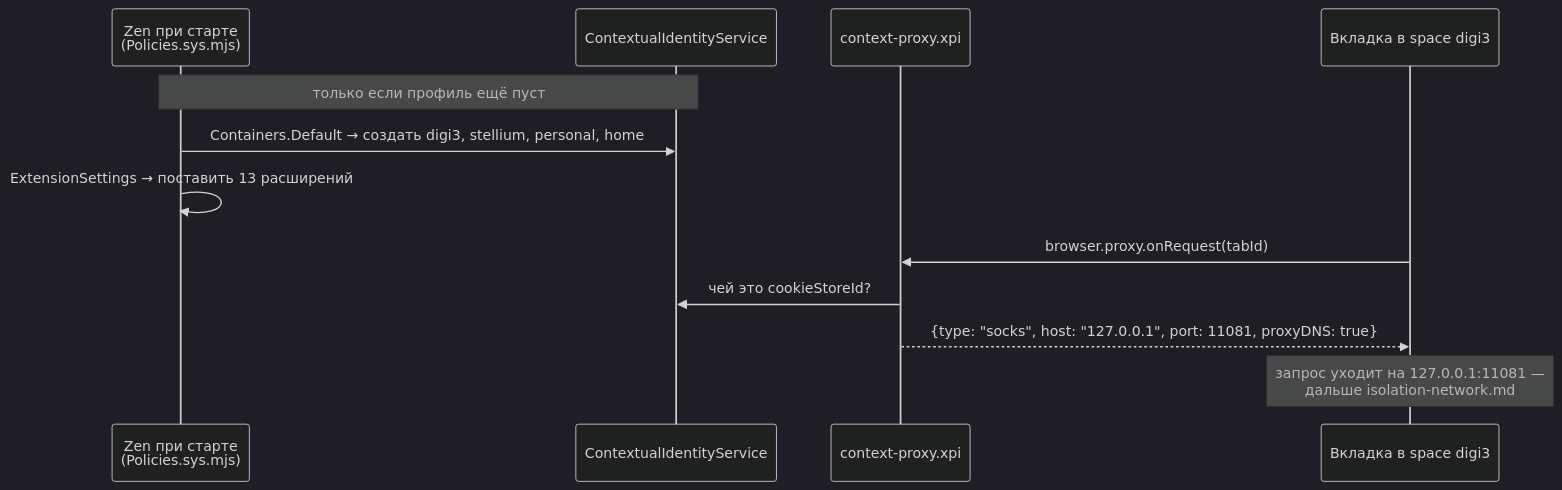
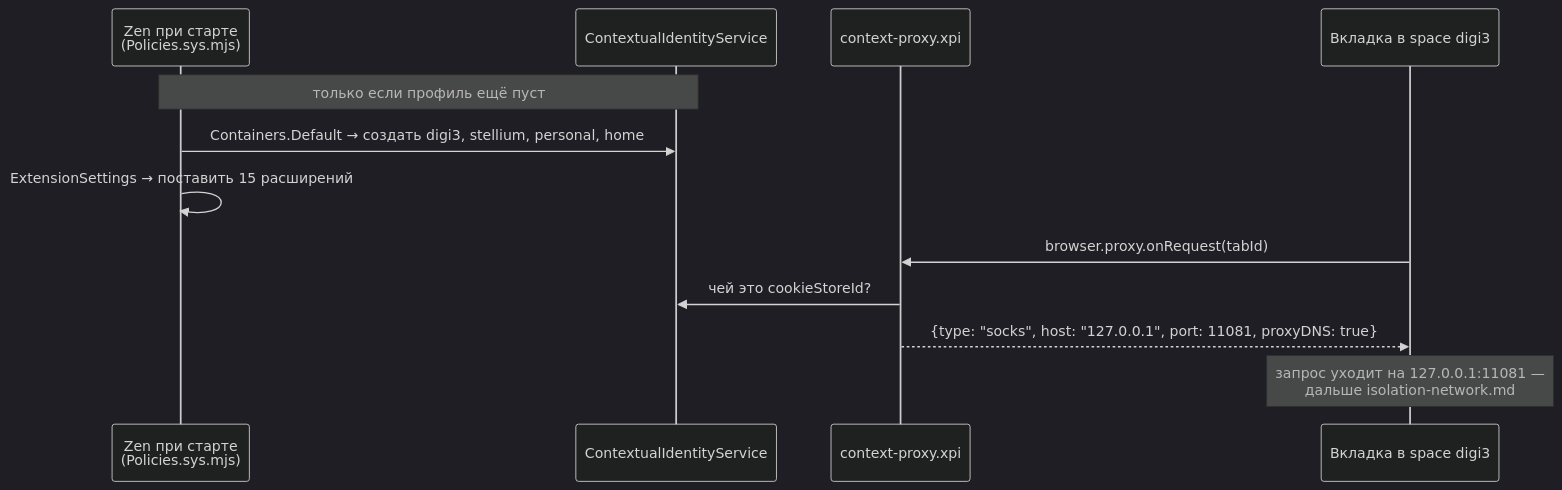
One commit to stpntkhnv/dotfiles changed the second of 2 diagrams in docs/isolation-browser.md. Above: the diagram before and after it, drawn with Mermaid (dark theme). The commit also changed other lines of this file and 1 other file, not shown here.

````diff
--- a/docs/isolation-browser.md
+++ b/docs/isolation-browser.md
@@ -90,16 +90,16 @@
 ```mermaid
 sequenceDiagram
     participant P as Zen при старте<br/>(Policies.sys.mjs)
     participant CI as ContextualIdentityService
     participant CP as context-proxy.xpi
     participant T as Вкладка в space digi3
 
     Note over P,CI: только если профиль ещё пуст
     P->>CI: Containers.Default → создать digi3, stellium, personal, home
-    P->>P: ExtensionSettings → поставить 13 расширений
+    P->>P: ExtensionSettings → поставить 15 расширений
 
     T->>CP: browser.proxy.onRequest(tabId)
     CP->>CI: чей это cookieStoreId?
     CP-->>T: {type: "socks", host: "127.0.0.1", port: 11081, proxyDNS: true}
     Note over T: запрос уходит на 127.0.0.1:11081 —<br/>дальше isolation-network.md
 ```
````
